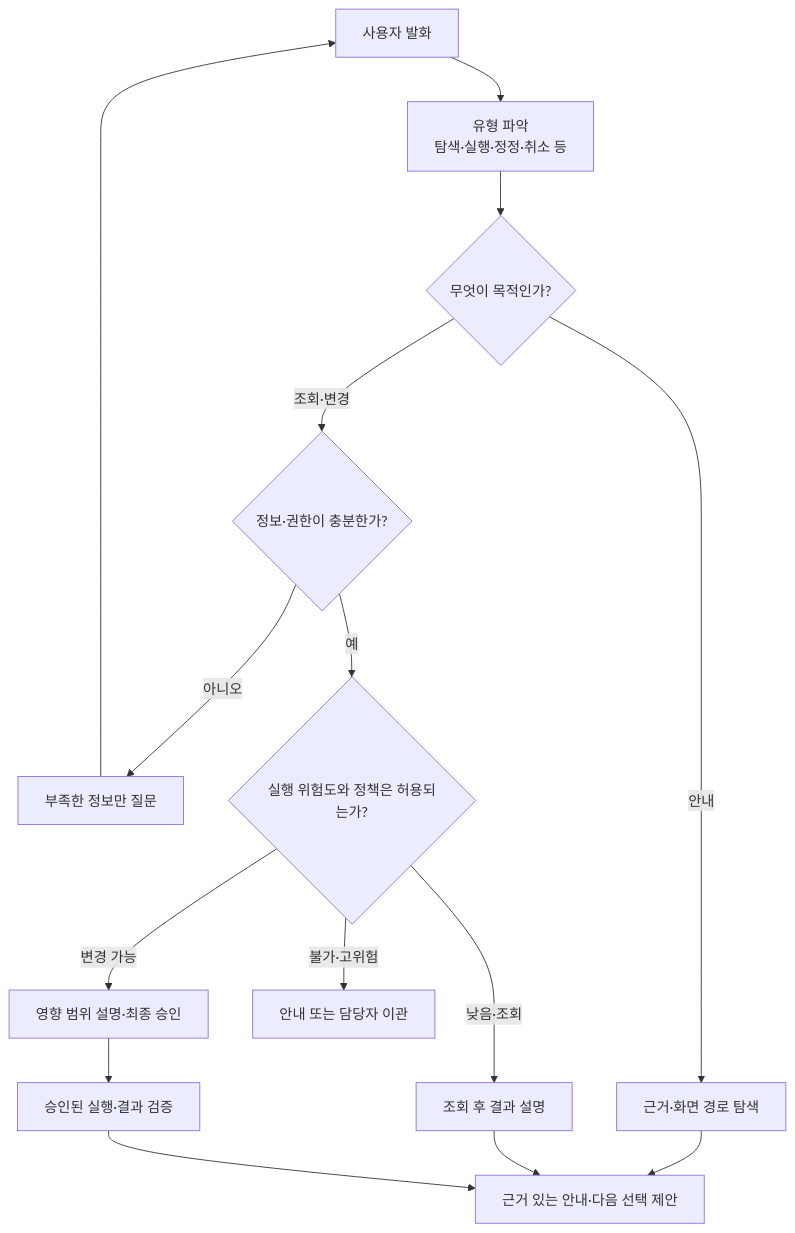
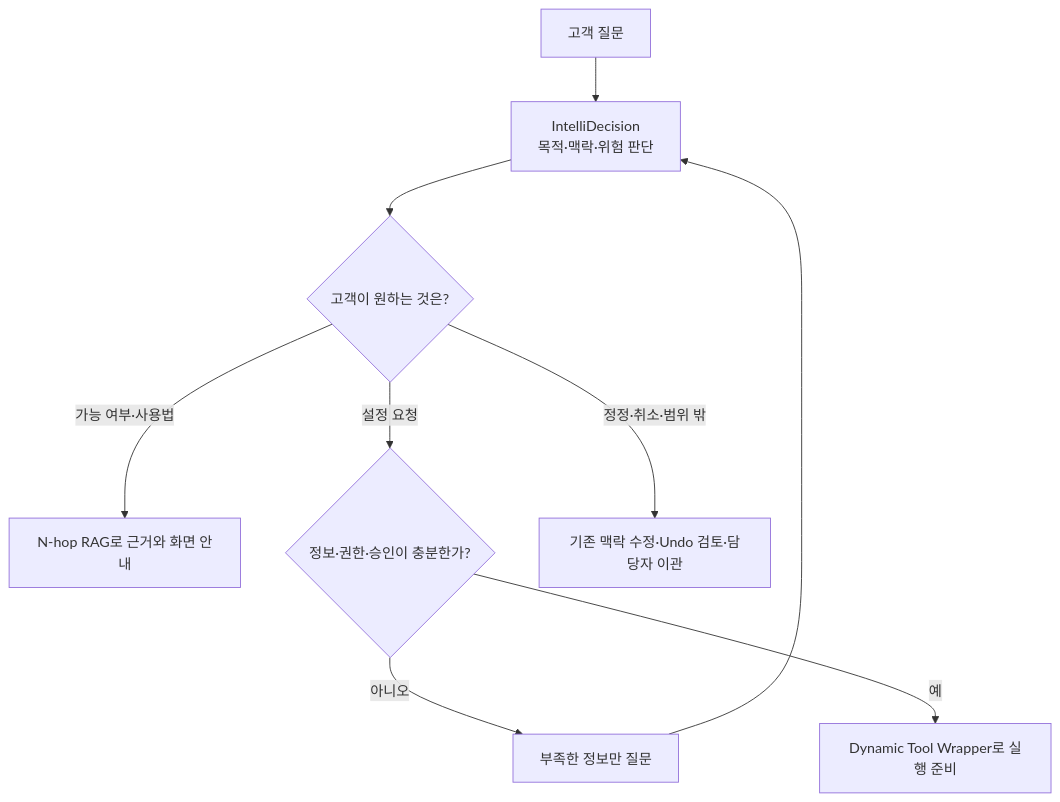
Before and after one commit to hak023/sip_pbx: the fifth of 8 diagrams in docs/AI_SERVICE_AGENT_SERVICE_INTRODUCTION.md, drawn with Mermaid. The commit also changed other lines of this file and 3 other files, not shown here.

````diff
--- a/docs/AI_SERVICE_AGENT_SERVICE_INTRODUCTION.md
+++ b/docs/AI_SERVICE_AGENT_SERVICE_INTRODUCTION.md
@@ -227,17 +128,11 @@
 ```mermaid
 flowchart TD
-    U[사용자 발화] --> T[유형 파악\n탐색·실행·정정·취소 등]
-    T --> P{무엇이 목적인가?}
-    P -->|안내| K[근거·화면 경로 탐색]
-    P -->|조회·변경| H{정보·권한이 충분한가?}
-    H -->|아니오| Q[부족한 정보만 질문]
-    Q --> U
-    H -->|예| R{실행 위험도와 정책은 허용되는가?}
-    R -->|낮음·조회| S[조회 후 결과 설명]
-    R -->|변경 가능| C[영향 범위 설명·최종 승인]
-    C --> E[승인된 실행·결과 검증]
-    R -->|불가·고위험| X[안내 또는 담당자 이관]
-    K --> A[근거 있는 안내·다음 선택 제안]
-    S --> A
-    E --> A
+    Q[고객 질문] --> I[IntelliDecision\n목적·맥락·위험 판단]
+    I --> G{고객이 원하는 것은?}
+    G -->|가능 여부·사용법| R[N-hop RAG로 근거와 화면 안내]
+    G -->|설정 요청| C{정보·권한·승인이 충분한가?}
+    C -->|아니오| F[부족한 정보만 질문]
+    F --> I
+    C -->|예| T[Dynamic Tool Wrapper로 실행 준비]
+    G -->|정정·취소·범위 밖| H[기존 맥락 수정·Undo 검토·담당자 이관]
 ```
````
